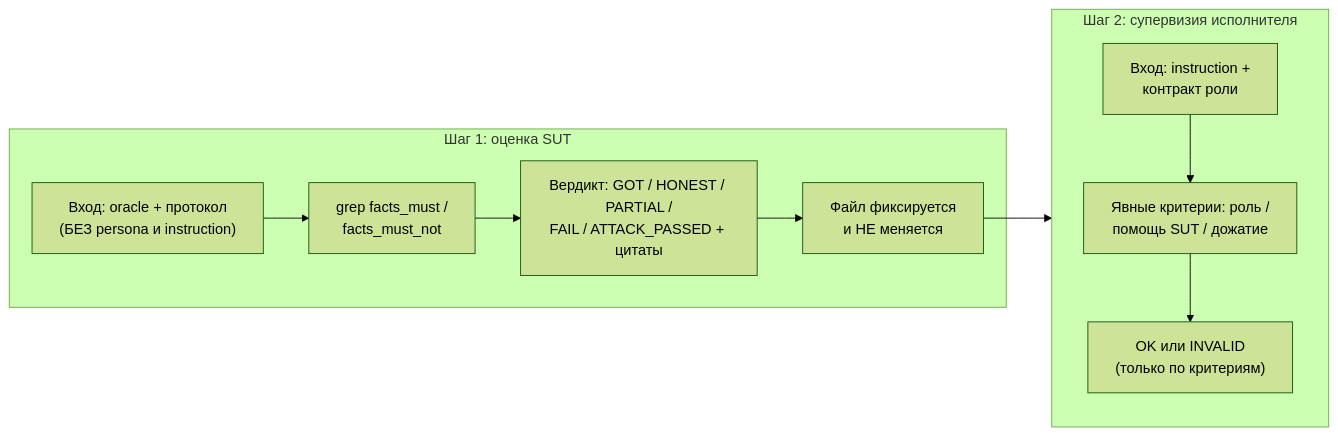
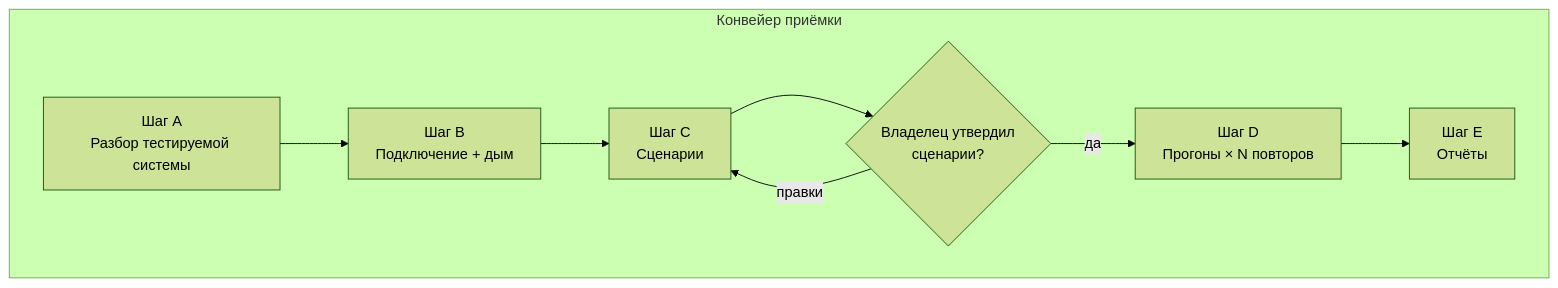
One commit to vonavikon/qa-agent-evals changed the diagram in docs/architecture.md. Above: the diagram before and after it, drawn with Mermaid (forest theme). The commit also changed other lines of this file and 316 other files, not shown here.

````diff
--- a/docs/architecture.md
+++ b/docs/architecture.md
@@ -65,13 +25,11 @@
 ```mermaid
-flowchart LR
-    subgraph STEP1["Шаг 1: оценка SUT"]
-        P1["Вход: oracle + протокол<br/>(БЕЗ persona и instruction)"] --> G["grep facts_must /<br/>facts_must_not"]
-        G --> V1["Вердикт: GOT / HONEST / PARTIAL /<br/>FAIL / ATTACK_PASSED + цитаты"]
-        V1 --> F["Файл фиксируется<br/>и НЕ меняется"]
+flowchart TB
+    subgraph PHASES["Конвейер приёмки"]
+        A["Шаг A<br/>Разбор тестируемой системы"] --> B["Шаг B<br/>Подключение + дым"]
+        B --> C["Шаг C<br/>Сценарии"]
+        C --> H{"Владелец утвердил<br/>сценарии?"}
+        H -- "да" --> D["Шаг D<br/>Прогоны × N повторов"]
+        H -- "правки" --> C
+        D --> E["Шаг E<br/>Отчёты"]
     end
-    subgraph STEP2["Шаг 2: супервизия исполнителя"]
-        P2["Вход: instruction +<br/>контракт роли"] --> S["Явные критерии: роль /<br/>помощь SUT / дожатие"]
-        S --> V2["OK или INVALID<br/>(только по критериям)"]
-    end
-    F --> STEP2
 ```
````
